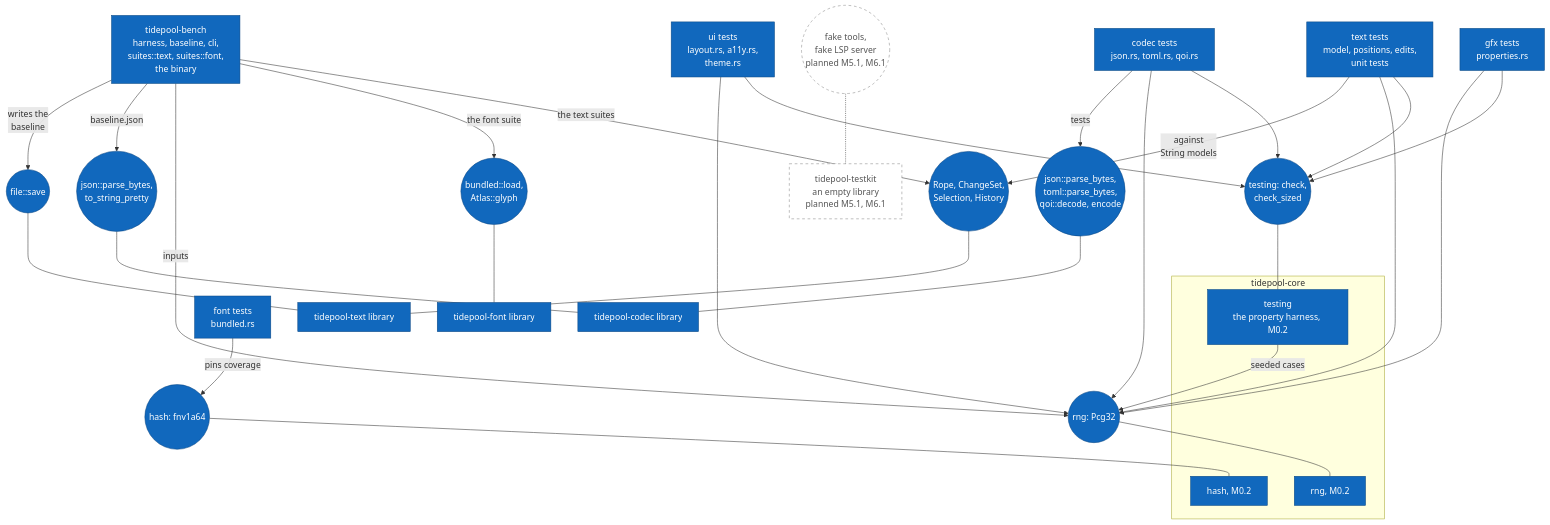
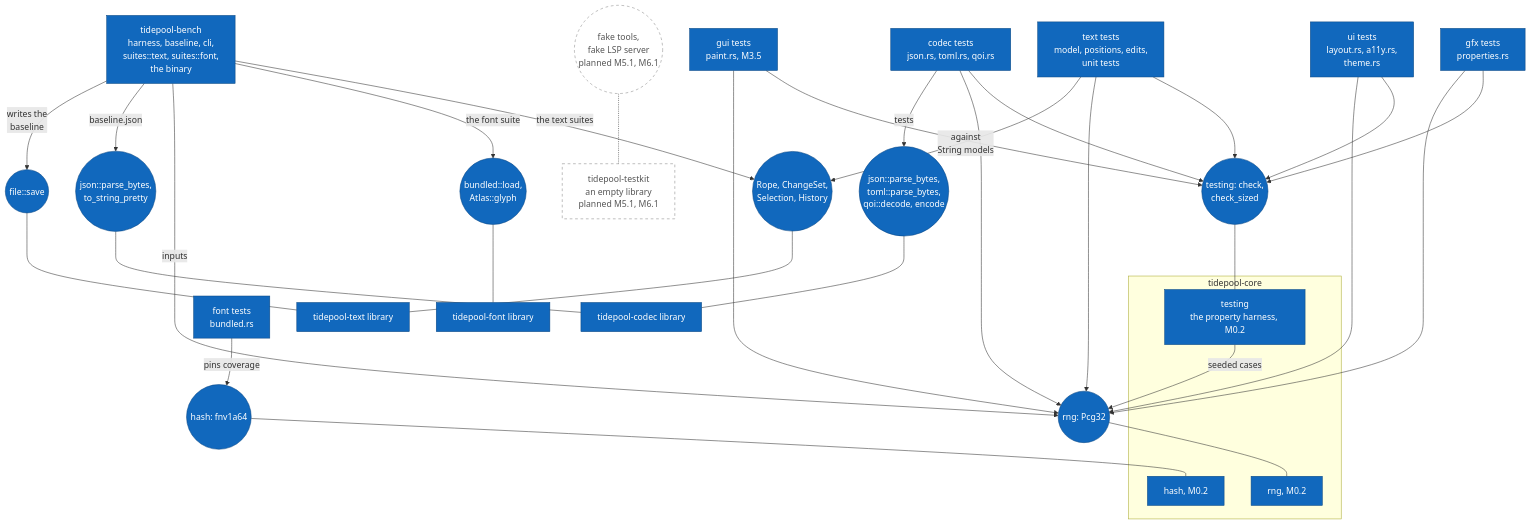
Diagram 21 of 21 in diagrams/component-diagrams.md (jabbott-iii/Tidepool), drawn with Mermaid before and after one commit. The commit also changed other lines of this file and 51 other files, not shown here.

````diff
--- a/diagrams/component-diagrams.md
+++ b/diagrams/component-diagrams.md
@@ -1287,64 +1294,67 @@
 ```mermaid
 flowchart TB
     c_ctests["codec tests<br/>json.rs, toml.rs, qoi.rs"]
     c_ttests["text tests<br/>model, positions, edits,<br/>unit tests"]
     c_gtests["gfx tests<br/>properties.rs"]
     c_ftests["font tests<br/>bundled.rs"]
     c_utests["ui tests<br/>layout.rs, a11y.rs,<br/>theme.rs"]
+    c_guitests["gui tests<br/>paint.rs, M3.5"]
     c_bench["tidepool-bench<br/>harness, baseline, cli,<br/>suites::text, suites::font,<br/>the binary"]
 
     i_check(("testing: check,<br/>check_sized"))
     i_pcg(("rng: Pcg32"))
     i_cparse(("json::parse_bytes,<br/>toml::parse_bytes,<br/>qoi::decode, encode"))
     i_tall(("Rope, ChangeSet,<br/>Selection, History"))
     i_bjson(("json::parse_bytes,<br/>to_string_pretty"))
     i_save(("file::save"))
     i_sha(("hash: fnv1a64"))
     i_fill(("bundled::load,<br/>Atlas::glyph"))
 
     subgraph sg_core["tidepool-core"]
         c_testing["testing<br/>the property harness, M0.2"]
         c_rng["rng, M0.2"]
         c_hash["hash, M0.2"]
     end
     c_codec["tidepool-codec library"]
     c_text["tidepool-text library"]
     c_font6["tidepool-font library"]
 
     c_testkit["tidepool-testkit<br/>an empty library<br/>planned M5.1, M6.1"]
     i_fakes(("fake tools,<br/>fake LSP server<br/>planned M5.1, M6.1"))
 
     c_ctests --> i_check
     c_ctests --> i_pcg
     c_ctests -->|"tests"| i_cparse
     c_ttests --> i_check
     c_ttests --> i_pcg
     c_ttests -->|"against<br/>String models"| i_tall
     c_gtests --> i_check
     c_gtests --> i_pcg
     c_ftests -->|"pins coverage"| i_sha
     c_utests --> i_check
     c_utests --> i_pcg
+    c_guitests --> i_check
+    c_guitests --> i_pcg
     c_bench -->|"the text suites"| i_tall
     c_bench -->|"the font suite"| i_fill
     c_bench -->|"inputs"| i_pcg
     c_bench -->|"baseline.json"| i_bjson
     c_bench -->|"writes the<br/>baseline"| i_save
 
     i_check --- c_testing
     c_testing -->|"seeded cases"| i_pcg
     i_pcg --- c_rng
     i_sha --- c_hash
     i_cparse --- c_codec
     i_bjson --- c_codec
     i_tall --- c_text
     i_save --- c_text
     i_fill --- c_font6
     i_fakes -.- c_testkit
 
     classDef built fill:#1168bd,stroke:#0b4884,color:#ffffff
     classDef planned fill:#ffffff,stroke:#888888,stroke-dasharray: 5 5,color:#555555
-    class c_ctests,c_ttests,c_gtests,c_ftests,c_utests,c_bench,c_testing,c_rng,c_hash,c_codec,c_text,c_font6 built
+    class c_ctests,c_ttests,c_gtests,c_ftests,c_utests,c_guitests,c_bench,c_testing,c_rng,c_hash,c_codec,c_text,c_font6 built
     class i_check,i_pcg,i_cparse,i_tall,i_bjson,i_save,i_sha,i_fill built
     class c_testkit,i_fakes planned
 ```
````
